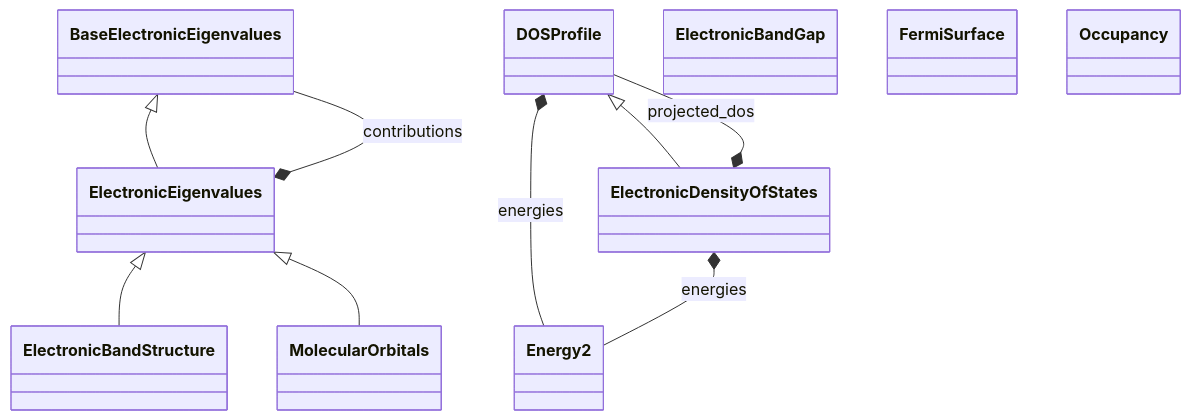
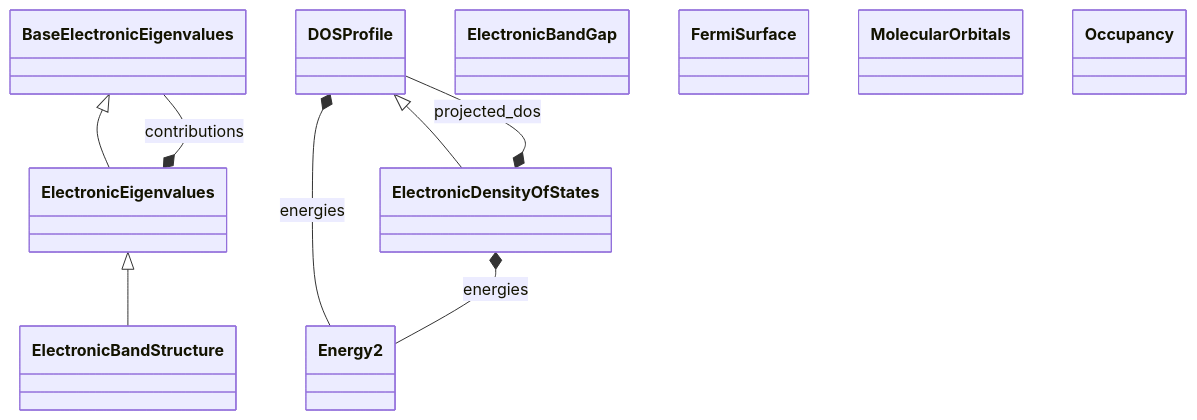
One commit to FAIRmat-NFDI/nomad-simulations changed the diagram in docs/schema/electronic_properties.diagram.md. Above: the diagram before and after it, drawn with Mermaid. The commit also changed 3 other files, not shown here.

````diff
--- a/docs/schema/electronic_properties.diagram.md
+++ b/docs/schema/electronic_properties.diagram.md
@@ -14,21 +14,20 @@
 ```mermaid
 classDiagram
     class BaseElectronicEigenvalues
     class DOSProfile
     class ElectronicBandGap
     class ElectronicBandStructure
     class ElectronicDensityOfStates
     class ElectronicEigenvalues
     class Energy2
     class FermiSurface
     class MolecularOrbitals
     class Occupancy
     ElectronicEigenvalues <|-- ElectronicBandStructure
-    ElectronicEigenvalues <|-- MolecularOrbitals
     DOSProfile <|-- ElectronicDensityOfStates
     BaseElectronicEigenvalues <|-- ElectronicEigenvalues
     DOSProfile *-- Energy2 : energies
     ElectronicDensityOfStates *-- DOSProfile : projected_dos
     ElectronicDensityOfStates *-- Energy2 : energies
     ElectronicEigenvalues *-- BaseElectronicEigenvalues : contributions
 ```
````
